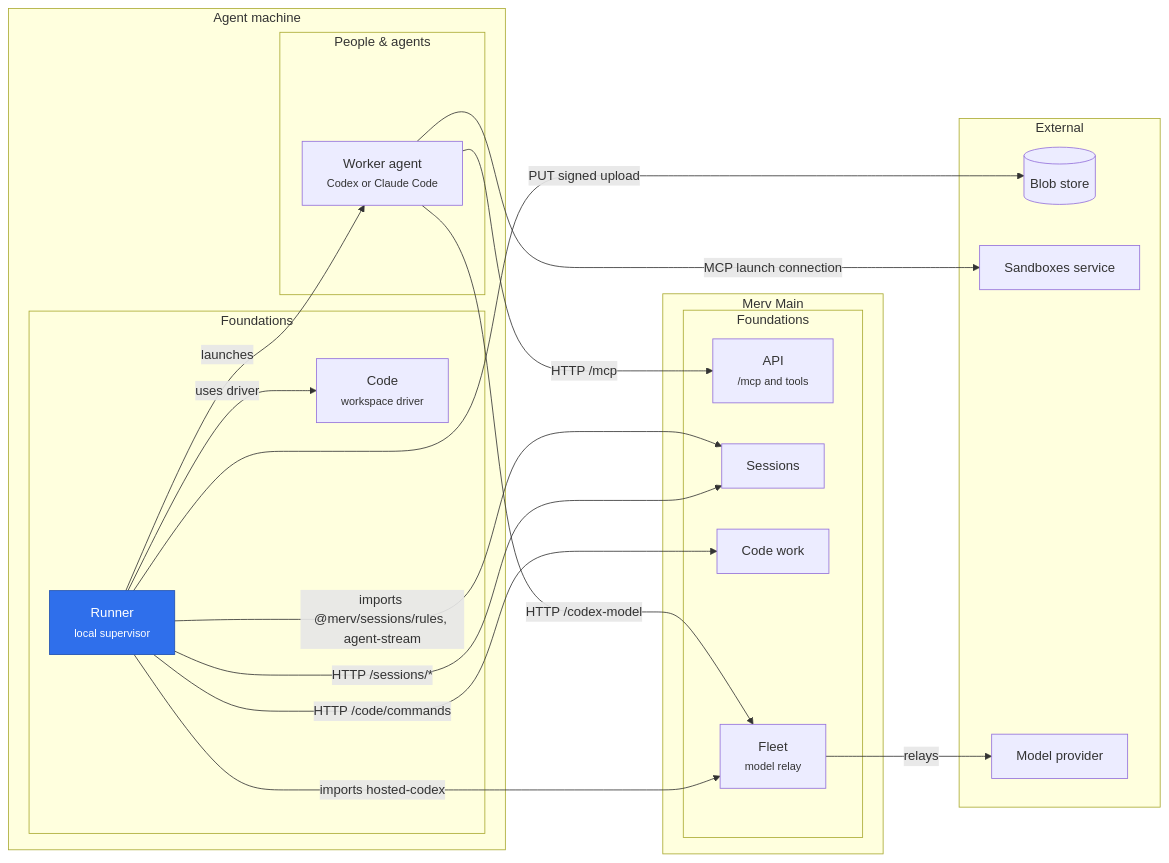
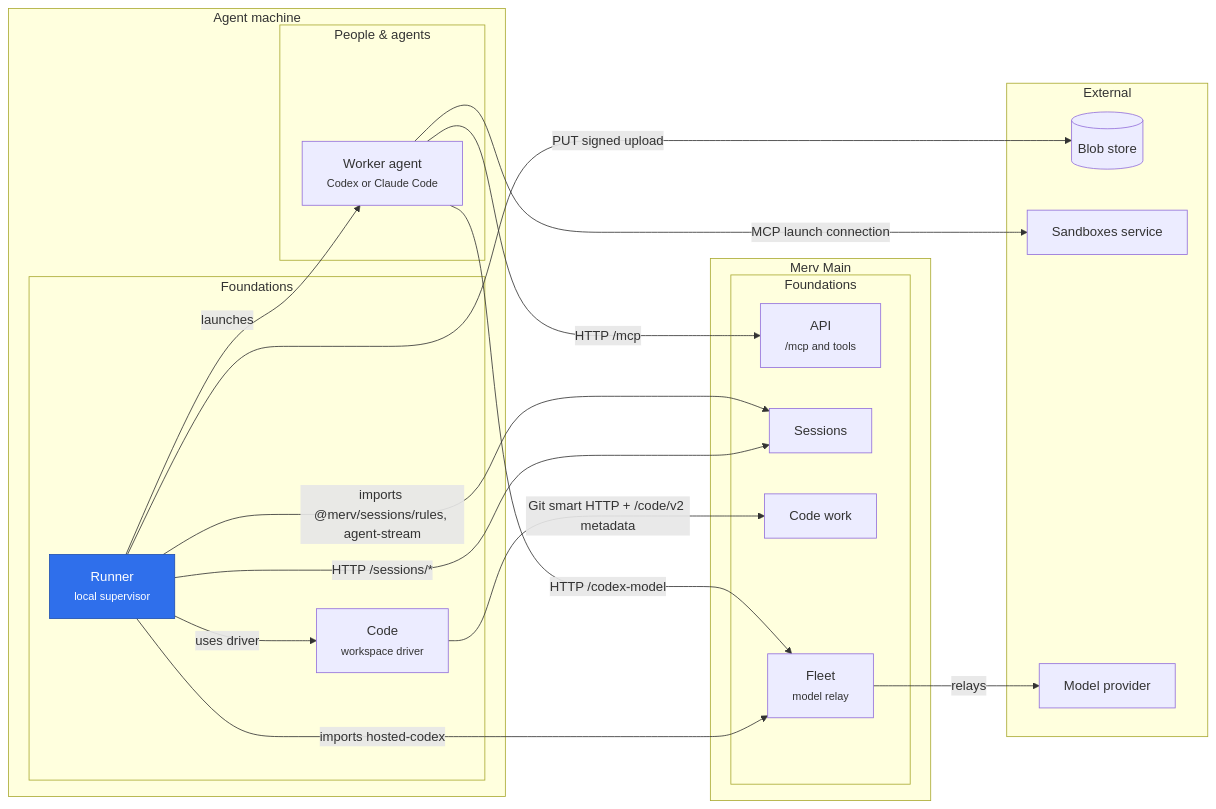
One commit to rapidreview-io/Merv changed the diagram in merv-typescript/packages/runner/README.md. Above: the diagram before and after it, drawn with Mermaid. The commit also changed other lines of this file and 213 other files, not shown here.

````diff
--- a/merv-typescript/packages/runner/README.md
+++ b/merv-typescript/packages/runner/README.md
@@ -7,38 +7,38 @@
 ```mermaid
 flowchart LR
   subgraph machine["Agent machine"]
     subgraph machinePeople["People & agents"]
       workerAgent["Worker agent<br/><small>Codex or Claude Code</small>"]
     end
     subgraph machineFoundations["Foundations"]
       runner["Runner<br/><small>local supervisor</small>"]
       code["Code<br/><small>workspace driver</small>"]
     end
   end
   subgraph main["Merv Main"]
     subgraph mainFoundations["Foundations"]
       api["API<br/><small>/mcp and tools</small>"]
       sessions["Sessions"]
       codeWork["Code work"]
       fleet["Fleet<br/><small>model relay</small>"]
     end
   end
   subgraph externalLayer["External"]
     blobStore[("Blob store")]
     sandboxesService["Sandboxes service"]
     modelProvider["Model provider"]
   end
   runner -- "uses driver" --> code
   runner -- "launches" --> workerAgent
   runner -- "HTTP /sessions/*" --> sessions
   runner -- "imports @merv/sessions/rules, agent-stream" --> sessions
-  runner -- "HTTP /code/commands" --> codeWork
+  code -- "Git smart HTTP + /code/v2 metadata" --> codeWork
   runner -- "PUT signed upload" --> blobStore
   runner -- "imports hosted-codex" --> fleet
   workerAgent -- "HTTP /mcp" --> api
   workerAgent -- "HTTP /codex-model" --> fleet
   workerAgent -- "MCP launch connection" --> sandboxesService
   fleet -- "relays" --> modelProvider
   classDef self fill:#2f6feb,color:#fff,stroke:#1f4fb0
   class runner self
 ```
````
